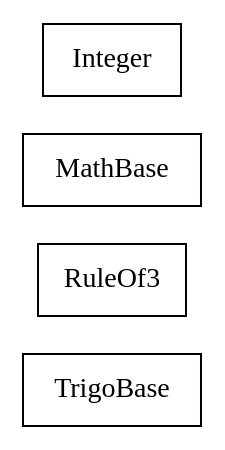
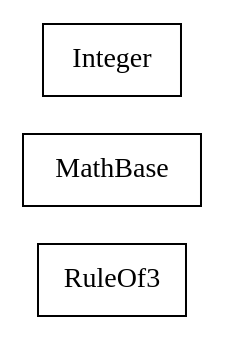
Before and after one commit to sekati/sasapi: the diagram in docs/com/sekati/math/classes.dot, drawn with Graphviz. The commit also changed 52 other files, not shown here.

```diff
--- a/docs/com/sekati/math/classes.dot
+++ b/docs/com/sekati/math/classes.dot
@@ -1,27 +1,21 @@
 strict digraph class_diagram {
   rankdir=LR;
-  TypeTrigoBase[
-    label="TrigoBase",
-    URL="TrigoBase.html",
-    tooltip="com.sekati.math.TrigoBase",
-    shape="record"
-  ];
   TypeRuleOf3[
     label="RuleOf3",
     URL="RuleOf3.html",
     tooltip="com.sekati.math.RuleOf3",
     shape="record"
   ];
   TypeMathBase[
     label="MathBase",
     URL="MathBase.html",
     tooltip="com.sekati.math.MathBase",
     shape="record"
   ];
   TypeInteger[
     label="Integer",
     URL="Integer.html",
     tooltip="com.sekati.math.Integer",
     shape="record"
   ];
 }
```
